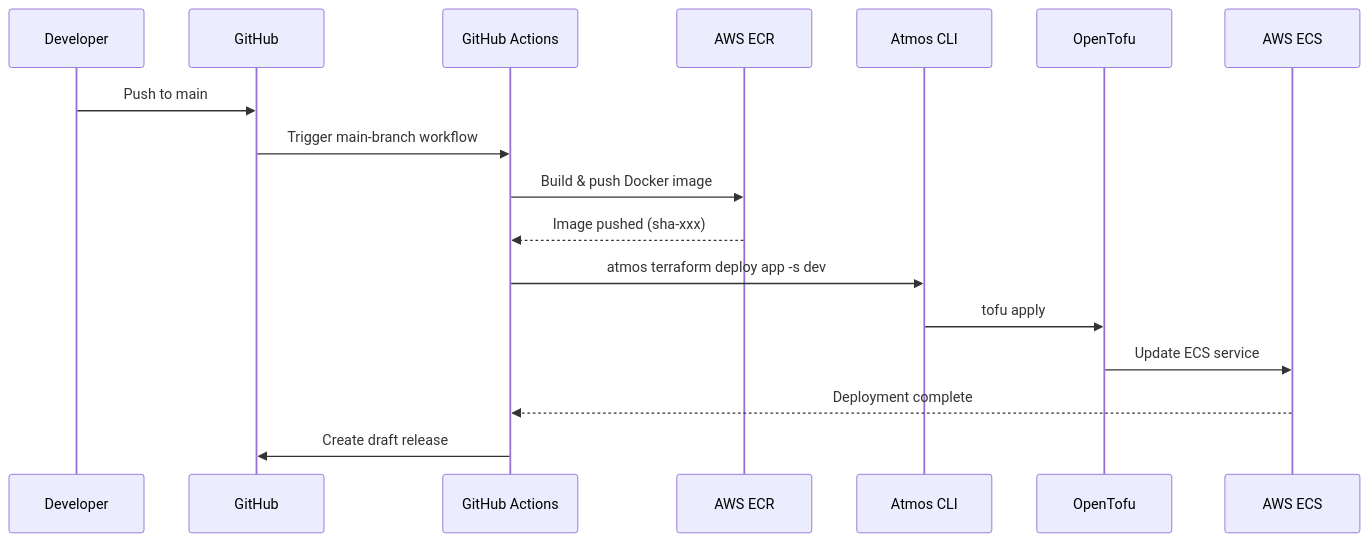
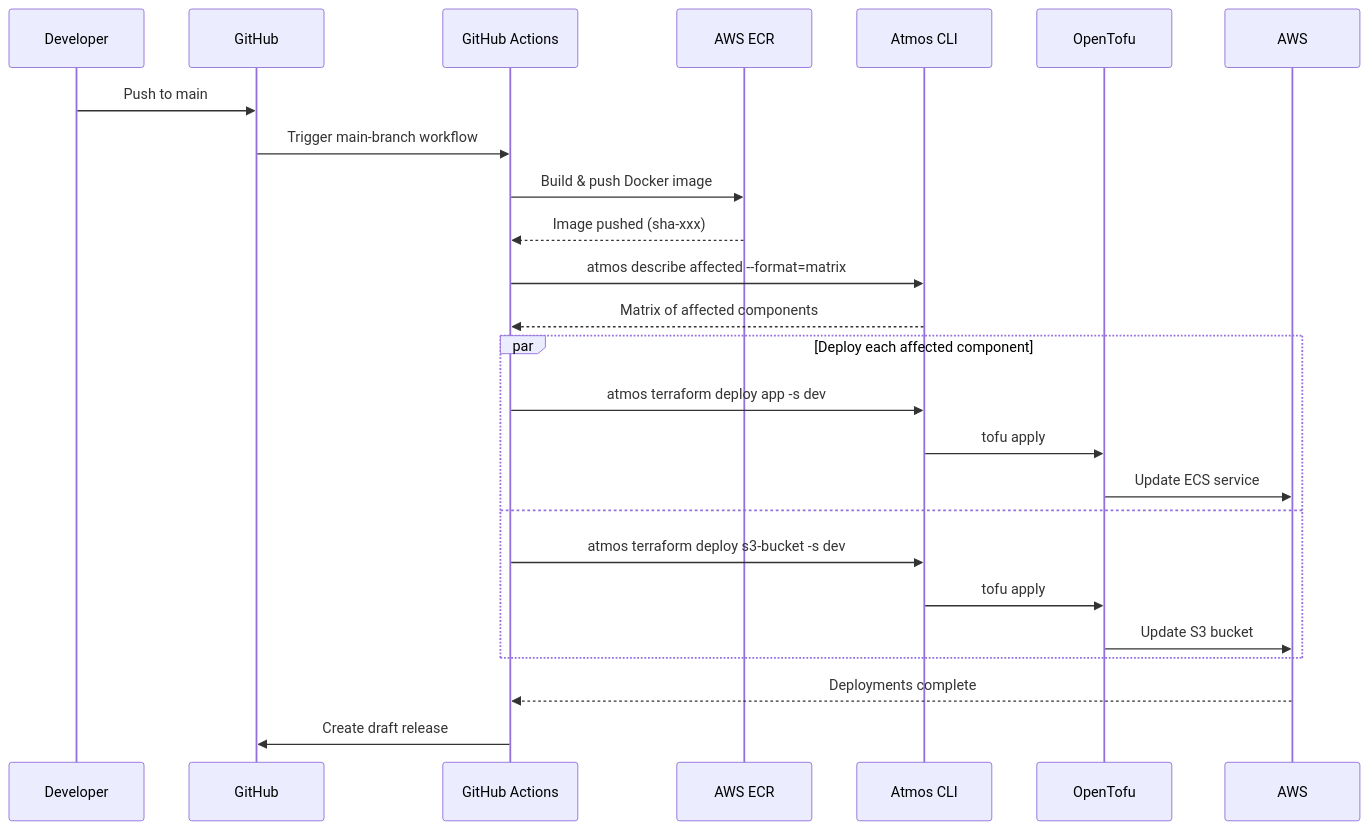
The second of 5 diagrams in .github/workflows/README.md (cloudposse-examples/atmos-native-ci-advanced), drawn with Mermaid before and after one commit. The commit also changed other lines of this file and 15 other files, not shown here.

First line of the commit message:
Add S3 source provisioning and affected matrix CI (#1)

````diff
--- a/.github/workflows/README.md
+++ b/.github/workflows/README.md
@@ -16,20 +29,28 @@
 ```mermaid
 sequenceDiagram
     participant Dev as Developer
     participant GH as GitHub
     participant GA as GitHub Actions
     participant ECR as AWS ECR
     participant Atmos as Atmos CLI
     participant TF as OpenTofu
-    participant ECS as AWS ECS
+    participant AWS as AWS
 
     Dev->>GH: Push to main
     GH->>GA: Trigger main-branch workflow
     GA->>ECR: Build & push Docker image
     ECR-->>GA: Image pushed (sha-xxx)
-    GA->>Atmos: atmos terraform deploy app -s dev
-    Atmos->>TF: tofu apply
-    TF->>ECS: Update ECS service
-    ECS-->>GA: Deployment complete
+    GA->>Atmos: atmos describe affected --format=matrix
+    Atmos-->>GA: Matrix of affected components
+    par Deploy each affected component
+        GA->>Atmos: atmos terraform deploy app -s dev
+        Atmos->>TF: tofu apply
+        TF->>AWS: Update ECS service
+    and
+        GA->>Atmos: atmos terraform deploy s3-bucket -s dev
+        Atmos->>TF: tofu apply
+        TF->>AWS: Update S3 bucket
+    end
+    AWS-->>GA: Deployments complete
     GA->>GH: Create draft release
 ```
````
